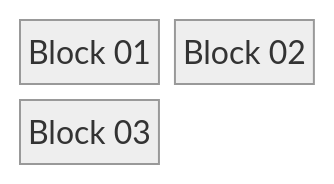
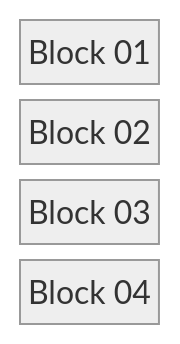
One commit to joe-dorward/samples changed the third of 5 diagrams in blocks/blocks_v1.md. Above: the diagram before and after it, drawn with Mermaid (neutral theme). The commit also changed other lines of this file, not shown here.

````diff
--- a/blocks/blocks_v1.md
+++ b/blocks/blocks_v1.md
@@ -22,8 +21,9 @@
 ```mermaid
   block
-  columns 2
+  columns 1
 
     BLOCK_01["Block 01"]
     BLOCK_02["Block 02"]
     BLOCK_03["Block 03"]
+    BLOCK_04["Block 04"]
 ```
````
